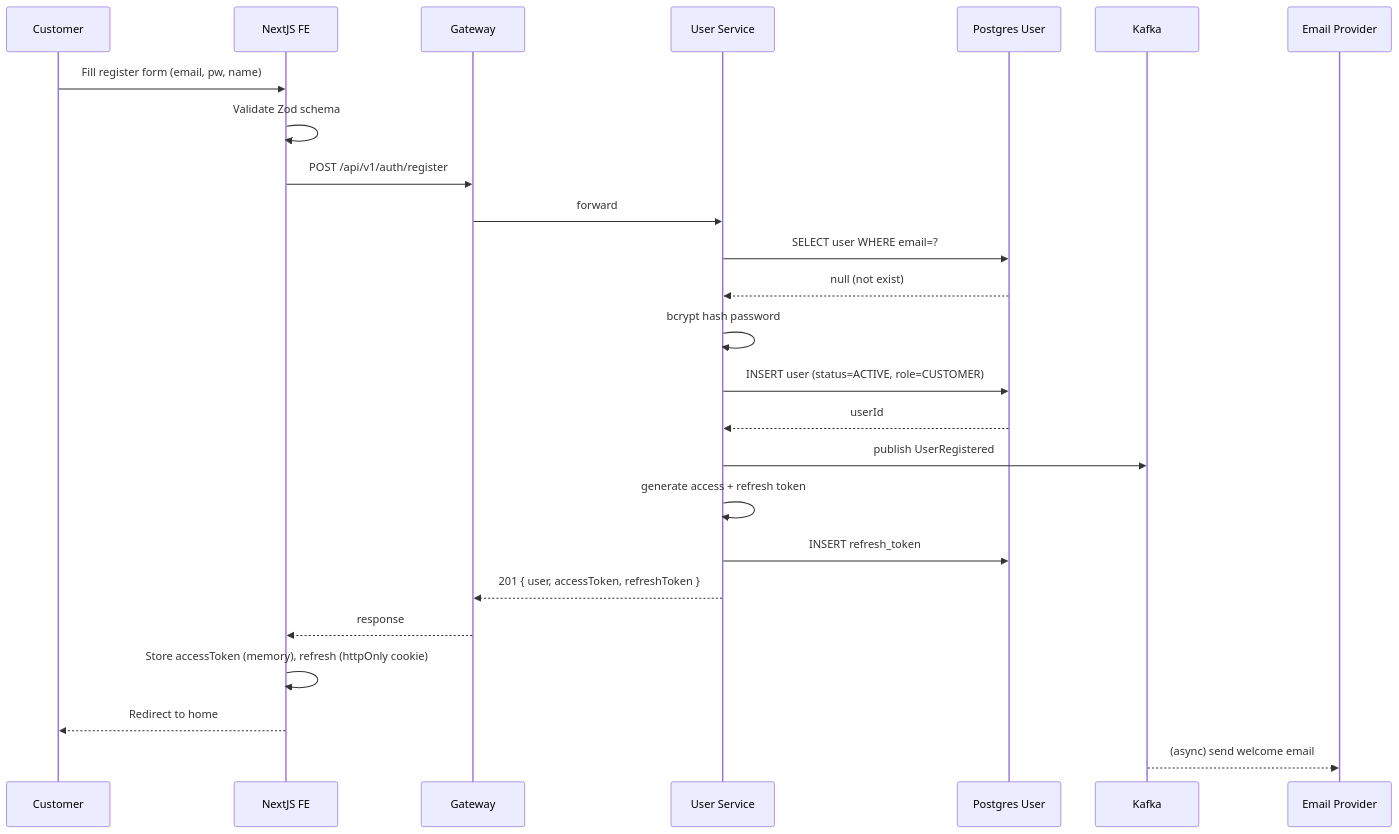
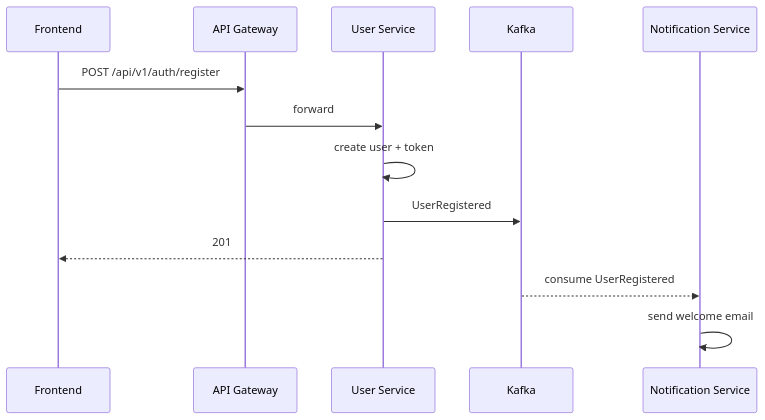
The first of 5 diagrams in architecture/02-sequence-diagrams.md (dminhduc250136/ptit_htpt), drawn with Mermaid before and after one commit. The commit also changed other lines of this file and 30 other files, not shown here.

````diff
--- a/architecture/02-sequence-diagrams.md
+++ b/architecture/02-sequence-diagrams.md
@@ -15,28 +11,16 @@
 ```mermaid
 sequenceDiagram
-    participant C as Customer
-    participant FE as NextJS FE
-    participant GW as Gateway
+    participant FE as Frontend
+    participant GW as API Gateway
     participant US as User Service
-    participant DB as Postgres User
     participant K as Kafka
-    participant E as Email Provider
+    participant N as Notification Service
 
-    C->>FE: Fill register form (email, pw, name)
-    FE->>FE: Validate Zod schema
     FE->>GW: POST /api/v1/auth/register
     GW->>US: forward
-    US->>DB: SELECT user WHERE email=?
-    DB-->>US: null (not exist)
-    US->>US: bcrypt hash password
-    US->>DB: INSERT user (status=ACTIVE, role=CUSTOMER)
-    DB-->>US: userId
-    US->>K: publish UserRegistered
-    US->>US: generate access + refresh token
-    US->>DB: INSERT refresh_token
-    US-->>GW: 201 { user, accessToken, refreshToken }
-    GW-->>FE: response
-    FE->>FE: Store accessToken (memory), refresh (httpOnly cookie)
-    FE-->>C: Redirect to home
-    K-->>E: (async) send welcome email
+    US->>US: create user + token
+    US->>K: UserRegistered
+    US-->>FE: 201
+    K-->>N: consume UserRegistered
+    N->>N: send welcome email
 ```
````
